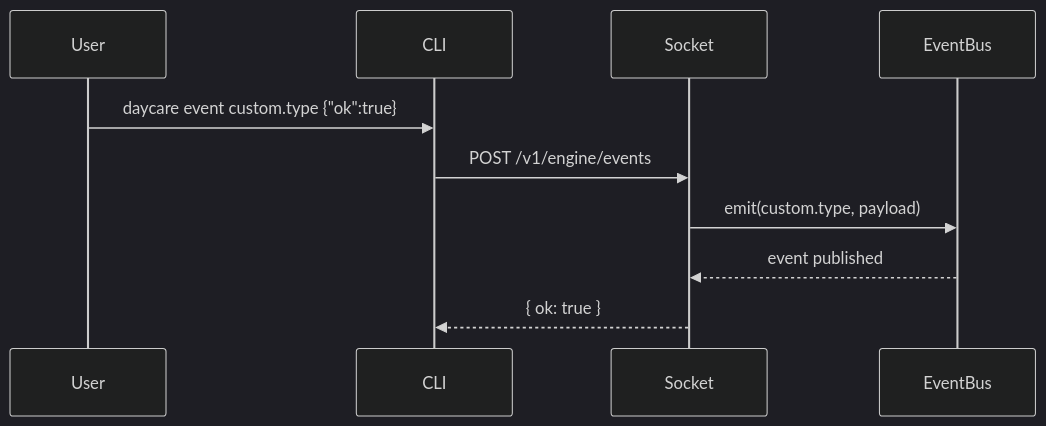
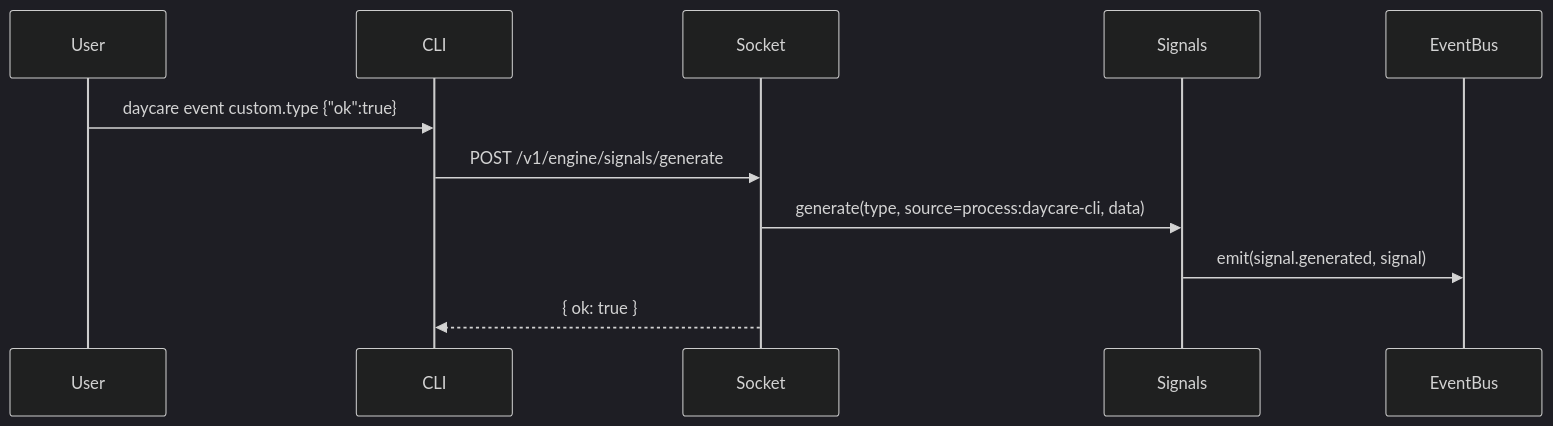
One commit to ex3ndr/daycare changed the third of 3 diagrams in doc/internals/cli.md. Above: the diagram before and after it, drawn with Mermaid (dark theme). The commit also changed other lines of this file and 5 other files, not shown here.

Commit message:
feat(cli): route event command through signal system

````diff
--- a/doc/internals/cli.md
+++ b/doc/internals/cli.md
@@ -46,12 +46,13 @@
 ```mermaid
 sequenceDiagram
   participant User
   participant CLI
   participant Socket
+  participant Signals
   participant EventBus
   User->>CLI: daycare event custom.type {"ok":true}
-  CLI->>Socket: POST /v1/engine/events
-  Socket->>EventBus: emit(custom.type, payload)
-  EventBus-->>Socket: event published
+  CLI->>Socket: POST /v1/engine/signals/generate
+  Socket->>Signals: generate(type, source=process:daycare-cli, data)
+  Signals->>EventBus: emit(signal.generated, signal)
   Socket-->>CLI: { ok: true }
 ```
````
